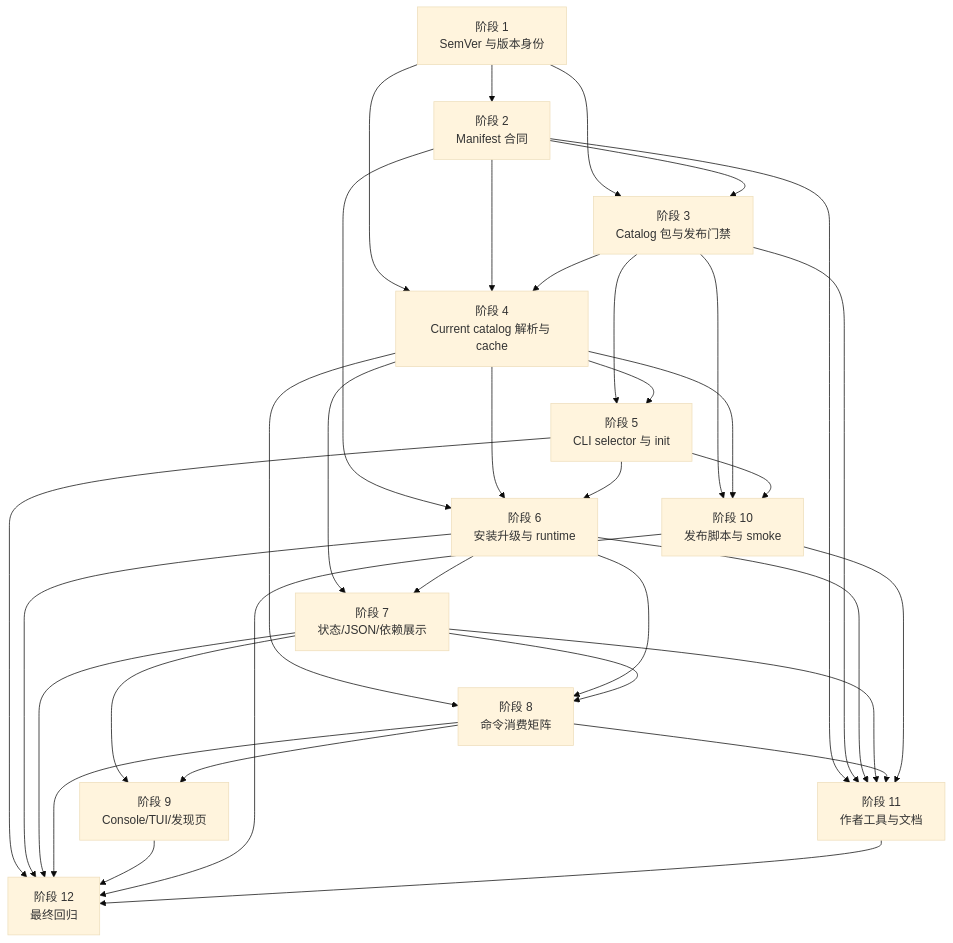
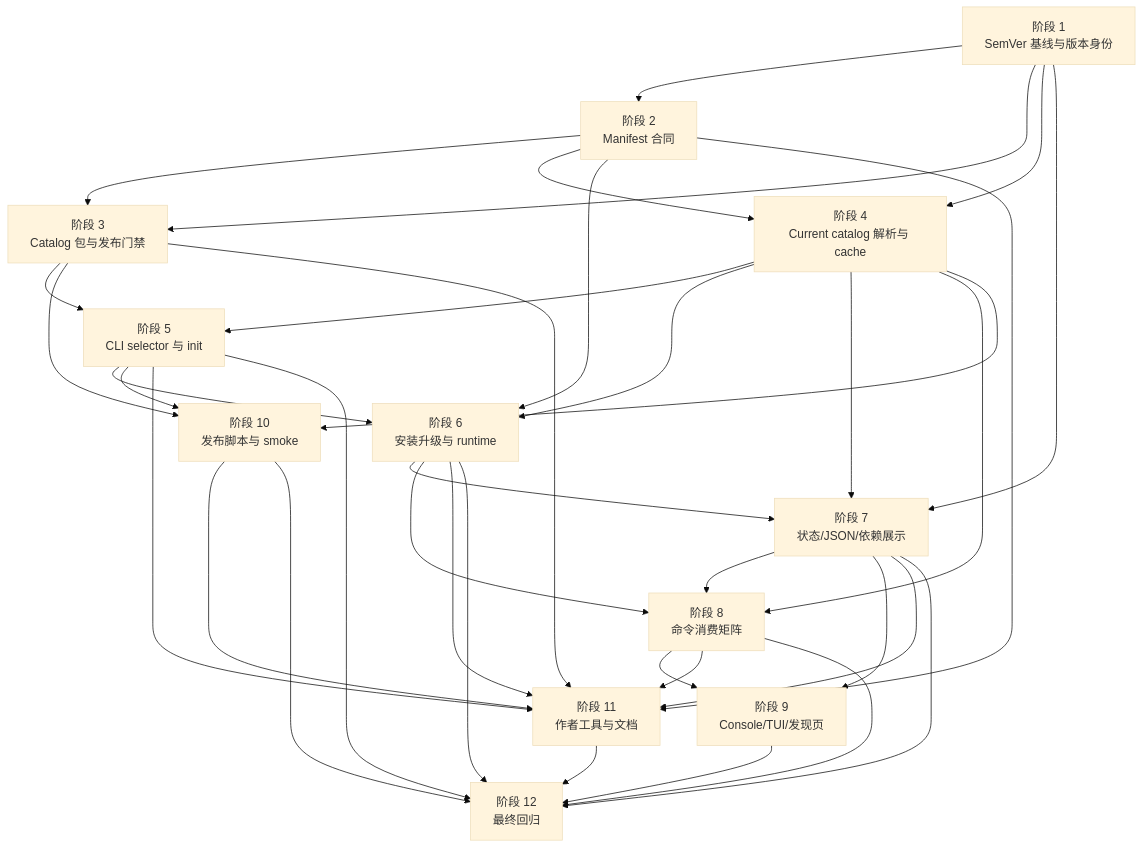
The diagram in docs/dev/plans/aw-version-management-plan.md (lesliechan721-arch/agent-workflow), drawn with Mermaid (base theme) before and after one commit. The commit also changed other lines of this file and 119 other files, not shown here.

````diff
--- a/docs/dev/plans/aw-version-management-plan.md
+++ b/docs/dev/plans/aw-version-management-plan.md
@@ -43,50 +48,51 @@
 ```mermaid
 graph TD
-  P1["阶段 1\nSemVer 与版本身份"]
+  P1["阶段 1\nSemVer 基线与版本身份"]
   P2["阶段 2\nManifest 合同"]
   P3["阶段 3\nCatalog 包与发布门禁"]
   P4["阶段 4\nCurrent catalog 解析与 cache"]
   P5["阶段 5\nCLI selector 与 init"]
   P6["阶段 6\n安装升级与 runtime"]
   P7["阶段 7\n状态/JSON/依赖展示"]
   P8["阶段 8\n命令消费矩阵"]
   P9["阶段 9\nConsole/TUI/发现页"]
   P10["阶段 10\n发布脚本与 smoke"]
   P11["阶段 11\n作者工具与文档"]
   P12["阶段 12\n最终回归"]
 
   P1 --> P2
   P1 --> P3
   P1 --> P4
   P2 --> P3
   P2 --> P4
-  P3 --> P4
   P3 --> P5
   P4 --> P5
   P2 --> P6
   P4 --> P6
   P5 --> P6
+  P1 --> P7
   P4 --> P7
   P6 --> P7
   P4 --> P8
   P6 --> P8
   P7 --> P8
   P7 --> P9
   P8 --> P9
   P3 --> P10
   P4 --> P10
   P5 --> P10
   P2 --> P11
   P3 --> P11
+  P5 --> P11
   P6 --> P11
   P7 --> P11
   P8 --> P11
   P10 --> P11
   P5 --> P12
   P6 --> P12
   P7 --> P12
   P8 --> P12
   P9 --> P12
   P10 --> P12
   P11 --> P12
 ```
````
